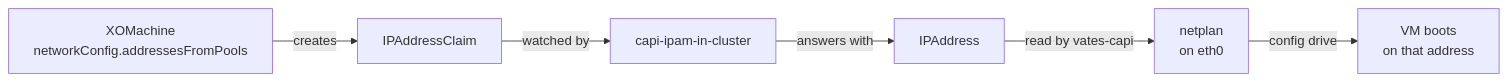
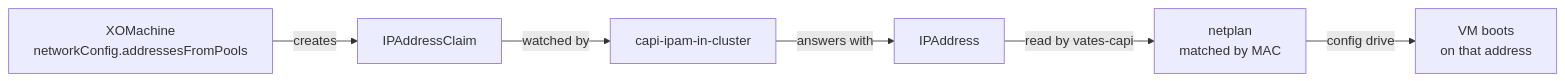
One commit to vatesfr/cluster-api-provider-vates changed the diagram in docs/guides/ipam.md. Above: the diagram before and after it, drawn with Mermaid. The commit also changed other lines of this file and 6 other files, not shown here.

````diff
--- a/docs/guides/ipam.md
+++ b/docs/guides/ipam.md
@@ -22,8 +22,8 @@
 ```mermaid
 flowchart LR
     xom["XOMachine<br/>networkConfig.addressesFromPools"] -->|creates| claim["IPAddressClaim"]
     claim -->|watched by| ipam["capi-ipam-in-cluster"]
     ipam -->|answers with| addr["IPAddress"]
-    addr -->|read by vates-capi| netplan["netplan<br/>on eth0"]
+    addr -->|read by vates-capi| netplan["netplan<br/>matched by MAC"]
     netplan -->|config drive| vm["VM boots<br/>on that address"]
 ```
````
